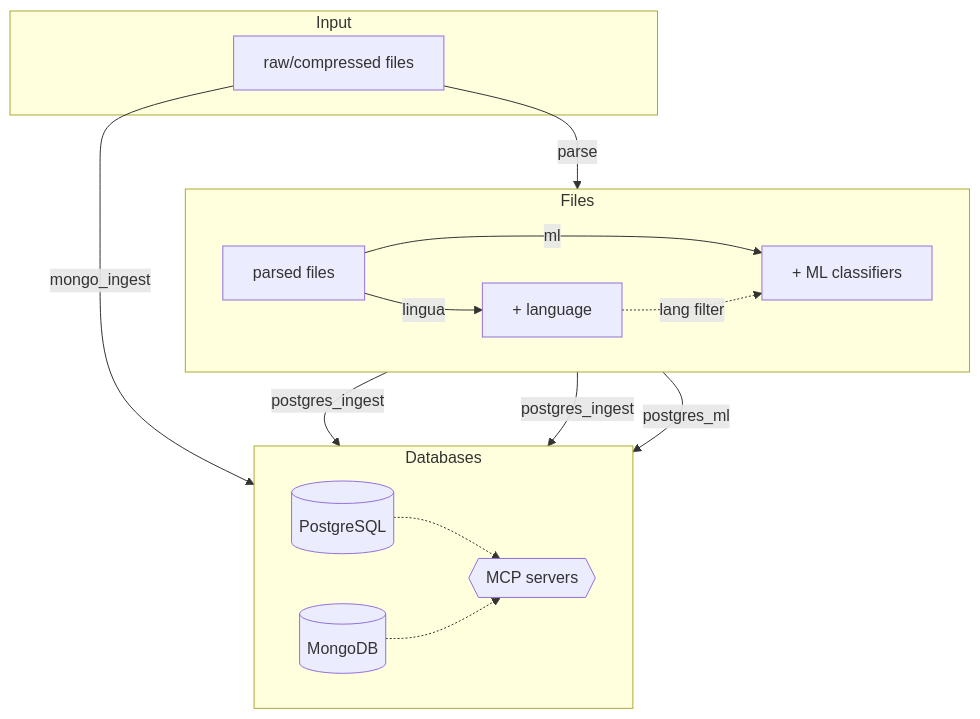
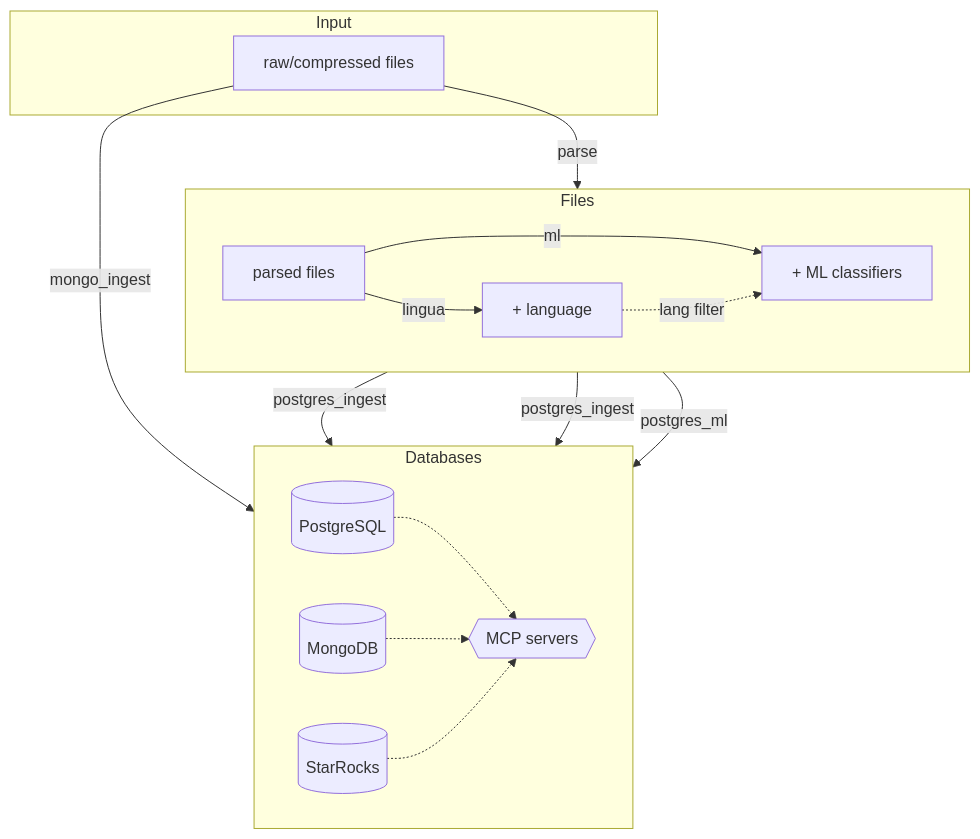
Before and after one commit to joaopn/social-data-bridge: the diagram in README.md, drawn with Mermaid. The commit also changed other lines of this file and 11 other files, not shown here.

First line of the commit message:
feat: add StarRocks database support (Docker + CLI setup)

````diff
--- a/README.md
+++ b/README.md
@@ -71,29 +73,30 @@
 ```mermaid
 flowchart TB
     subgraph Input
         RAW[raw/compressed files]
     end
 
     subgraph Files
         direction LR
         PARSED[parsed files]
         LINGUA[+ language]
         ML_OUT[+ ML classifiers]
         PARSED -->|lingua| LINGUA
         PARSED -->|ml| ML_OUT
         LINGUA -.->|lang filter| ML_OUT
     end
 
     subgraph Databases
         direction LR
         PG[(PostgreSQL)]
         MONGO[(MongoDB)]
+        SR[(StarRocks)]
         MCP{{MCP servers}}
-        PG & MONGO -.-> MCP
+        PG & MONGO & SR -.-> MCP
     end
 
     RAW -->|parse| PARSED
     RAW -->|mongo_ingest| MONGO
     PARSED & LINGUA -->|postgres_ingest| PG
     ML_OUT -->|postgres_ml| PG
 ```
````
